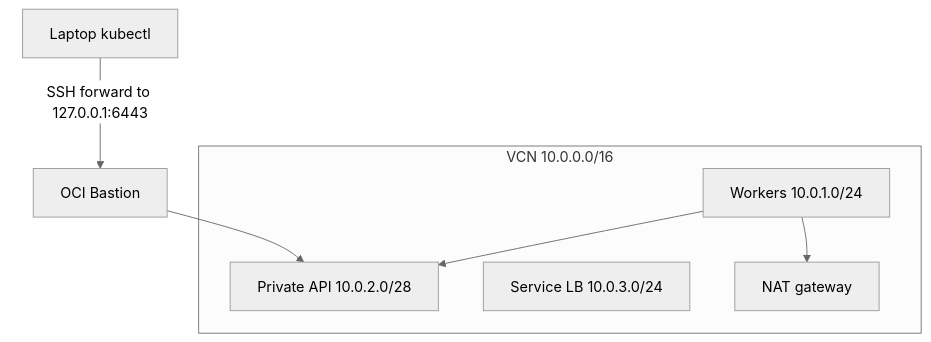
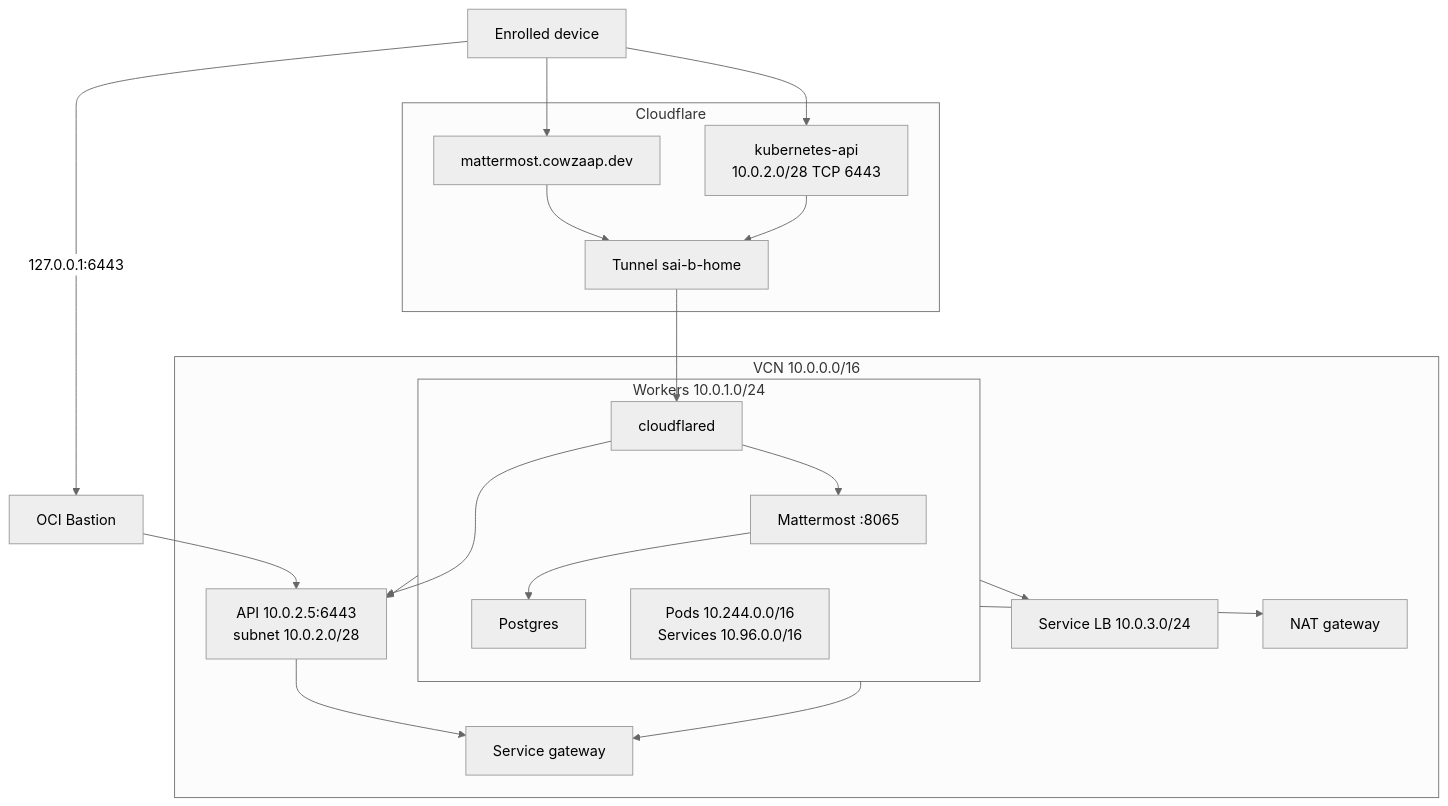
The second of 2 diagrams in README.md (jasonho215/sai-b-home-infra), drawn with Mermaid (neutral theme) before and after one commit. The commit also changed other lines of this file and 4 other files, not shown here.

First line of the commit message:
Separate Kubernetes API access from the Mattermost Access application.

````diff
--- a/README.md
+++ b/README.md
@@ -46,15 +51,36 @@
 ```mermaid
 flowchart TB
-  laptop["Laptop kubectl"]
+  device["Enrolled device"]
   bastion["OCI Bastion"]
+
+  subgraph edge["Cloudflare"]
+    mm["mattermost.cowzaap.dev"]
+    kapi["kubernetes-api<br/>10.0.2.0/28 TCP 6443"]
+    tunnel["Tunnel sai-b-home"]
+  end
+
   subgraph vcn["VCN 10.0.0.0/16"]
-    workers["Workers 10.0.1.0/24"]
-    api["Private API 10.0.2.0/28"]
+    subgraph workers["Workers 10.0.1.0/24"]
+      connector["cloudflared"]
+      app["Mattermost :8065"]
+      db["Postgres"]
+      overlay["Pods 10.244.0.0/16<br/>Services 10.96.0.0/16"]
+    end
+    api["API 10.0.2.5:6443<br/>subnet 10.0.2.0/28"]
     lb["Service LB 10.0.3.0/24"]
     nat["NAT gateway"]
+    sgw["Service gateway"]
   end
 
-  laptop -->|"SSH forward to 127.0.0.1:6443"| bastion --> api
+  device --> mm --> tunnel
+  device --> kapi --> tunnel
+  device -->|"127.0.0.1:6443"| bastion --> api
+  tunnel --> connector
+  connector --> app --> db
+  connector --> api
   workers --> api
+  workers --> lb
   workers --> nat
+  workers --> sgw
+  api --> sgw
 ```
````
